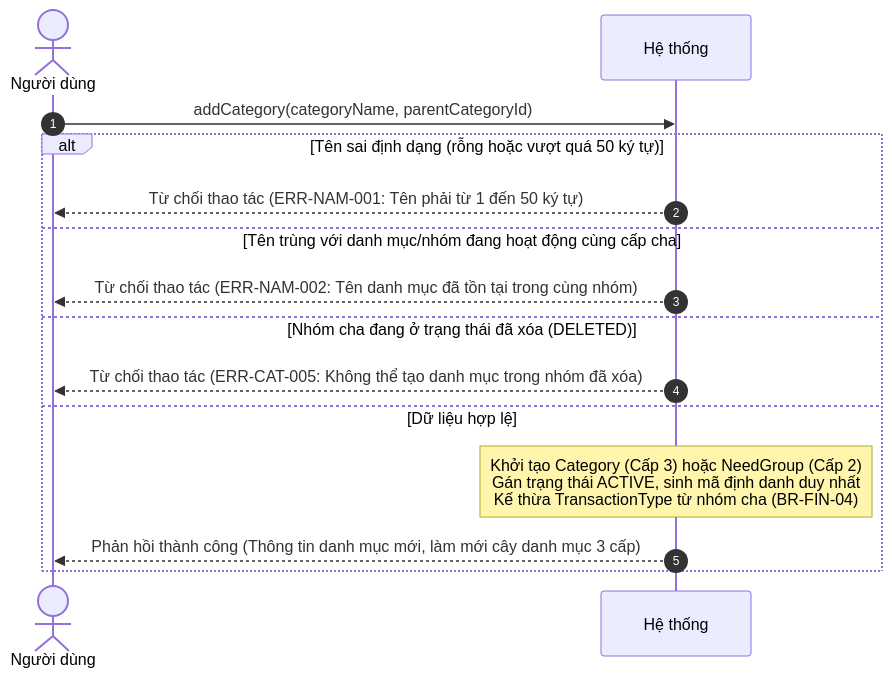
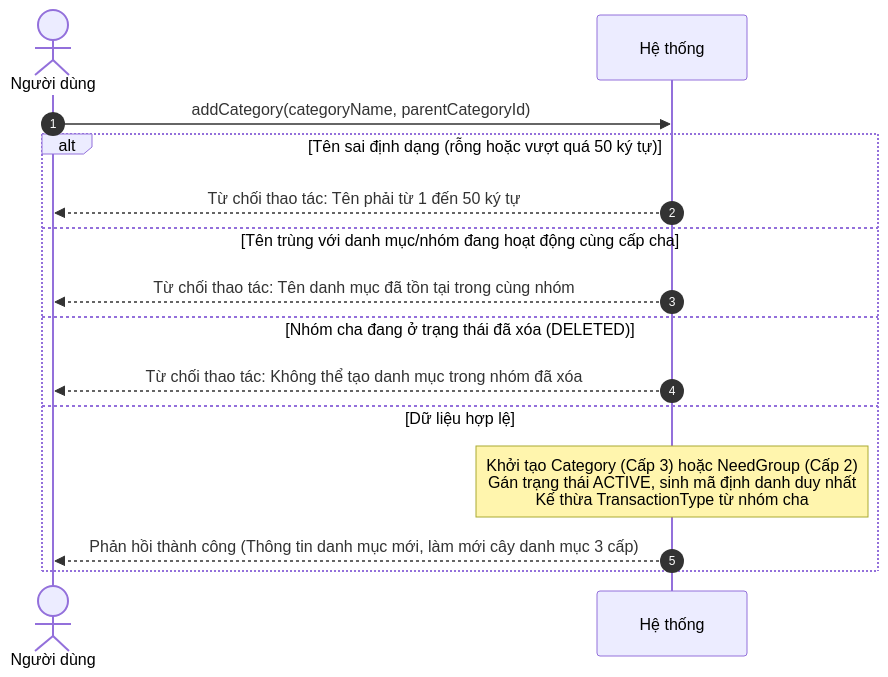
One commit to mynhleeh/pfms-oop changed the first of 9 diagrams in docs/object-oriented-analysis/03-so-do-tuan-tu-he-thong-ssd.md. Above: the diagram before and after it, drawn with Mermaid. The commit also changed other lines of this file and 1 other file, not shown here.

Commit message:
Refine financial category management documentation: enhance clarity on category creation, renaming, restoration, and deletion processes; improve error messaging and parameter constraints; ensure consistency in terminology and descriptions across functionalities.

````diff
--- a/docs/object-oriented-analysis/03-so-do-tuan-tu-he-thong-ssd.md
+++ b/docs/object-oriented-analysis/03-so-do-tuan-tu-he-thong-ssd.md
@@ -294,18 +294,18 @@
 ```mermaid
 sequenceDiagram
     autonumber
     actor User as Người dùng
     participant System as Hệ thống
 
     User->>System: addCategory(categoryName, parentCategoryId)
     alt Tên sai định dạng (rỗng hoặc vượt quá 50 ký tự)
-        System-->>User: Từ chối thao tác (ERR-NAM-001: Tên phải từ 1 đến 50 ký tự)
+        System-->>User: Từ chối thao tác: Tên phải từ 1 đến 50 ký tự
     else Tên trùng với danh mục/nhóm đang hoạt động cùng cấp cha
-        System-->>User: Từ chối thao tác (ERR-NAM-002: Tên danh mục đã tồn tại trong cùng nhóm)
+        System-->>User: Từ chối thao tác: Tên danh mục đã tồn tại trong cùng nhóm
     else Nhóm cha đang ở trạng thái đã xóa (DELETED)
-        System-->>User: Từ chối thao tác (ERR-CAT-005: Không thể tạo danh mục trong nhóm đã xóa)
+        System-->>User: Từ chối thao tác: Không thể tạo danh mục trong nhóm đã xóa
     else Dữ liệu hợp lệ
-        Note over System: Khởi tạo Category (Cấp 3) hoặc NeedGroup (Cấp 2)<br/>Gán trạng thái ACTIVE, sinh mã định danh duy nhất<br/>Kế thừa TransactionType từ nhóm cha (BR-FIN-04)
+        Note over System: Khởi tạo Category (Cấp 3) hoặc NeedGroup (Cấp 2)<br/>Gán trạng thái ACTIVE, sinh mã định danh duy nhất<br/>Kế thừa TransactionType từ nhóm cha
         System-->>User: Phản hồi thành công (Thông tin danh mục mới, làm mới cây danh mục 3 cấp)
     end
 ```
````
